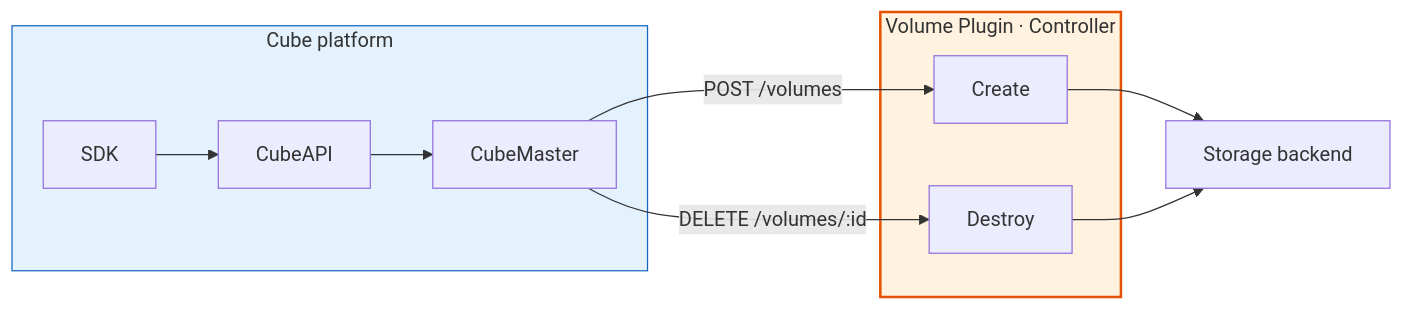
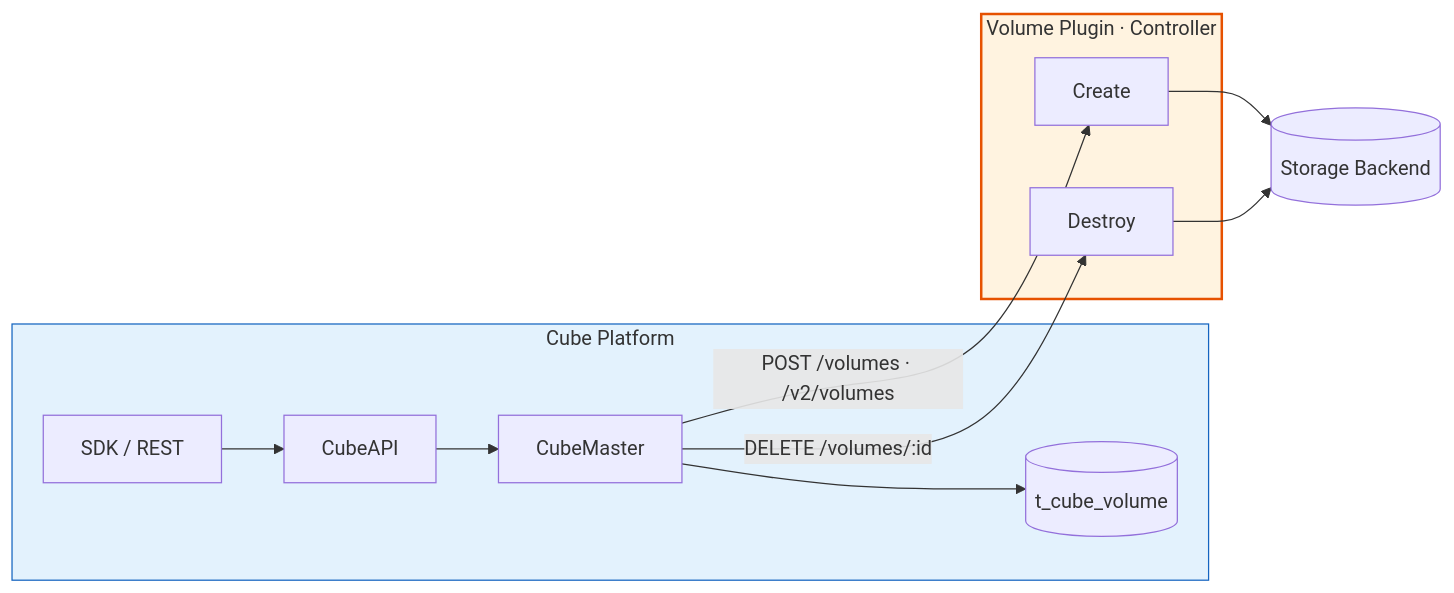
The first of 4 diagrams in docs/guide/volume-plugin.md (TencentCloud/CubeSandbox), drawn with Mermaid before and after one commit. The commit also changed other lines of this file and 14 other files, not shown here.

First line of the commit message:
docs(storage): split storage docs into Volume Usage and Volume Plugin Development (#2377)

````diff
--- a/docs/guide/volume-plugin.md
+++ b/docs/guide/volume-plugin.md
@@ -106,24 +28,25 @@
 ```mermaid
 flowchart LR
-    subgraph Cube["Cube platform"]
-        SDK1["SDK"]
+    subgraph Cube["Cube Platform"]
+        SDK1["SDK / REST"]
         API1["CubeAPI"]
         CM["CubeMaster"]
-        SDK1 --> API1 --> CM
+        DB[("t_cube_volume")]
+        SDK1 --> API1 --> CM --> DB
     end
 
     subgraph PluginC["Volume Plugin · Controller"]
         CH1["Create"]
         CH2["Destroy"]
     end
 
-    BE["Storage backend"]
+    BE[("Storage Backend")]
 
-    CM -->|"POST /volumes"| CH1
+    CM -->|"POST /volumes · /v2/volumes"| CH1
     CM -->|"DELETE /volumes/:id"| CH2
     CH1 --> BE
     CH2 --> BE
 
     style PluginC fill:#fff3e0,stroke:#e65100,stroke-width:2px
     style Cube fill:#e3f2fd,stroke:#1565c0,stroke-width:1px
 ```
````
